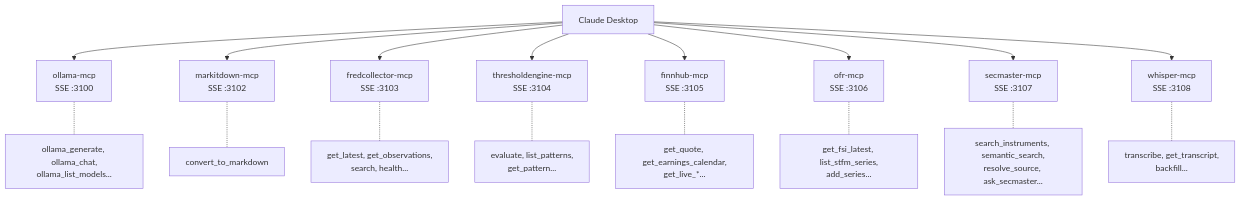
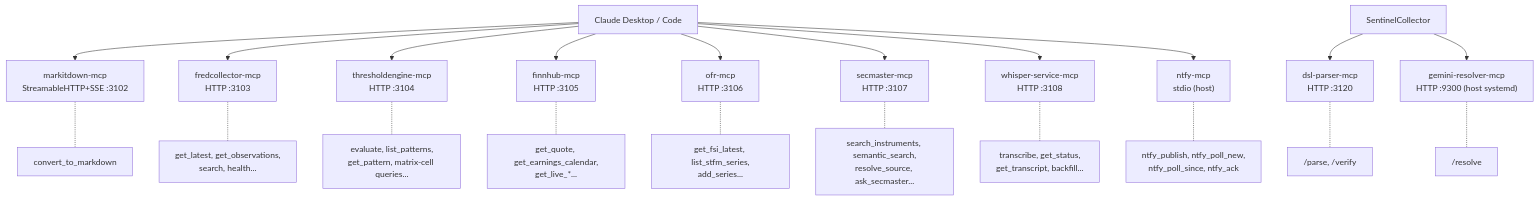
One commit to jpansarasa/ATLAS-Docs changed the fifth of 5 diagrams in docs/ARCHITECTURE.md. Above: the diagram before and after it, drawn with Mermaid. The commit also changed other lines of this file, not shown here.

````diff
--- a/docs/ARCHITECTURE.md
+++ b/docs/ARCHITECTURE.md
@@ -255,20 +370,25 @@
 ```mermaid
 flowchart TB
-    CD[Claude Desktop] --> OM["ollama-mcp<br/>SSE :3100"]
-    CD --> MM["markitdown-mcp<br/>SSE :3102"]
-    CD --> FM["fredcollector-mcp<br/>SSE :3103"]
-    CD --> TM["thresholdengine-mcp<br/>SSE :3104"]
-    CD --> FHM["finnhub-mcp<br/>SSE :3105"]
-    CD --> OFM["ofr-mcp<br/>SSE :3106"]
-    CD --> SMM["secmaster-mcp<br/>SSE :3107"]
-    CD --> WSM["whisper-mcp<br/>SSE :3108"]
+    CD[Claude Desktop / Code] --> MM["markitdown-mcp<br/>StreamableHTTP+SSE :3102"]
+    CD --> FM["fredcollector-mcp<br/>HTTP :3103"]
+    CD --> TM["thresholdengine-mcp<br/>HTTP :3104"]
+    CD --> FHM["finnhub-mcp<br/>HTTP :3105"]
+    CD --> OFM["ofr-mcp<br/>HTTP :3106"]
+    CD --> SMM["secmaster-mcp<br/>HTTP :3107"]
+    CD --> WSM["whisper-service-mcp<br/>HTTP :3108"]
+    CD --> NTM["ntfy-mcp<br/>stdio (host)"]
 
-    OM -.- OT["ollama_generate, ollama_chat,<br/>ollama_list_models..."]
+    SC[SentinelCollector] --> DSL["dsl-parser-mcp<br/>HTTP :3120"]
+    SC --> GRM["gemini-resolver-mcp<br/>HTTP :9300 (host systemd)"]
+
     MM -.- MT["convert_to_markdown"]
     FM -.- FT["get_latest, get_observations,<br/>search, health..."]
-    TM -.- TT["evaluate, list_patterns,<br/>get_pattern..."]
+    TM -.- TT["evaluate, list_patterns,<br/>get_pattern, matrix-cell queries..."]
     FHM -.- FHT["get_quote, get_earnings_calendar,<br/>get_live_*..."]
     OFM -.- OFT["get_fsi_latest, list_stfm_series,<br/>add_series..."]
     SMM -.- ST["search_instruments, semantic_search,<br/>resolve_source, ask_secmaster..."]
-    WSM -.- WT["transcribe, get_transcript,<br/>backfill..."]
+    WSM -.- WT["transcribe, get_status,<br/>get_transcript, backfill..."]
+    NTM -.- NTT["ntfy_publish, ntfy_poll_new,<br/>ntfy_poll_since, ntfy_ack"]
+    DSL -.- DT["/parse, /verify"]
+    GRM -.- GT["/resolve"]
 ```
````
